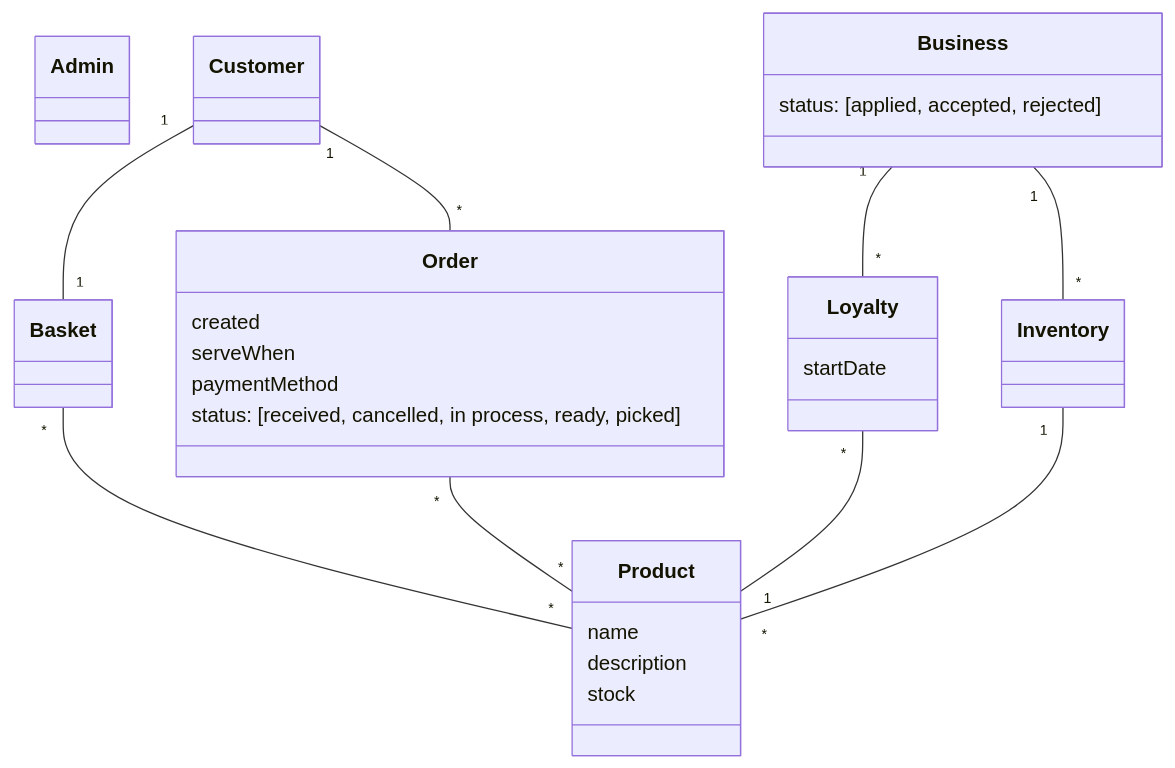
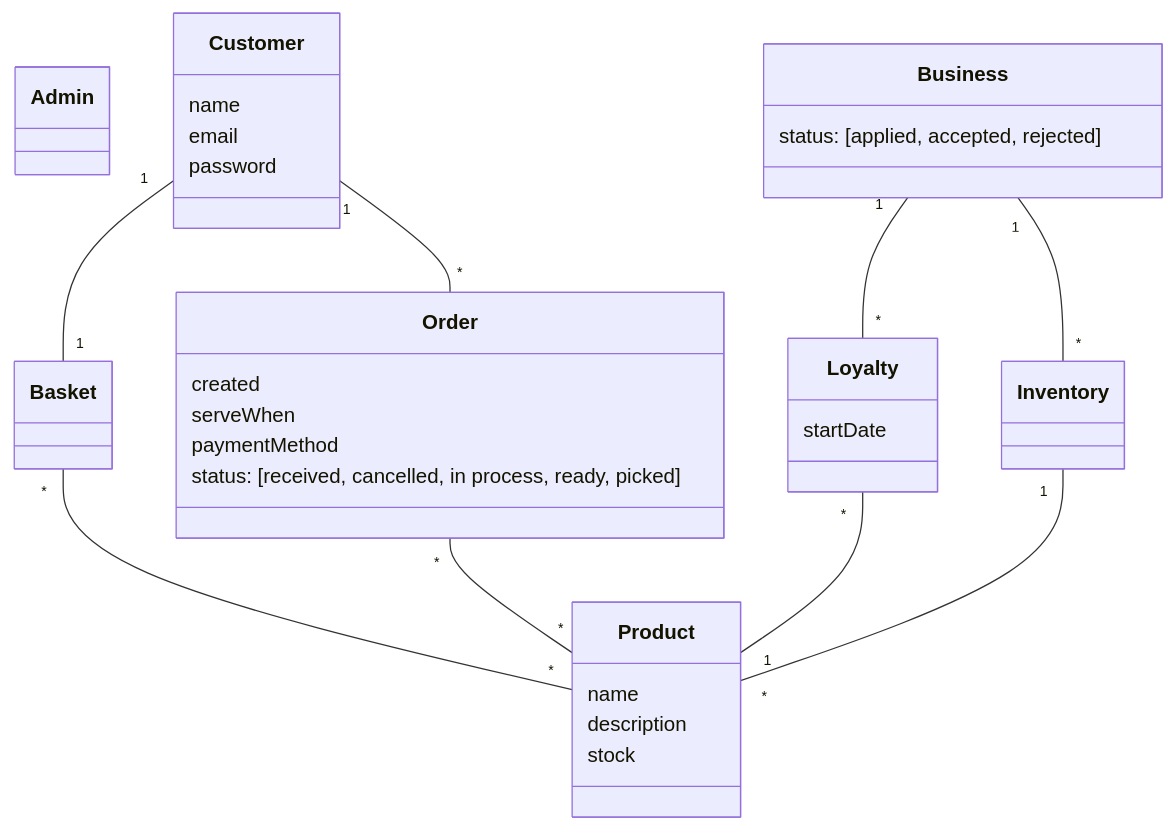
Before and after one commit to UdL-EPS-SoftArch/mycoffe-api: the diagram in README.md, drawn with Mermaid.

Commit message:
Update README.md
Attributes of customer

````diff
--- a/README.md
+++ b/README.md
@@ -39,33 +39,38 @@
 ```mermaid
 classDiagram
 class Admin { }
-class Customer { }
+class Customer {
+    name
+    email
+    password
+    
+ }
 class Basket { }
 class Order {
     created
     serveWhen
     paymentMethod
     status: [received, cancelled, in process, ready, picked]
 }
 class Business {
     status: [applied, accepted, rejected]
 }
 class Loyalty {
     startDate
 }
 class Inventory { }
 class Product {
     name
     description
     stock
 }
 
 Customer "1" -- "1" Basket
 Customer "1" -- "*" Order
 Basket "*" -- "*" Product
 Order "*" -- "*" Product
 Business "1" -- "*" Loyalty
 Business "1" -- "*" Inventory
 Loyalty "*" -- "1" Product
 Inventory "1" -- "*" Product
 ```
````
